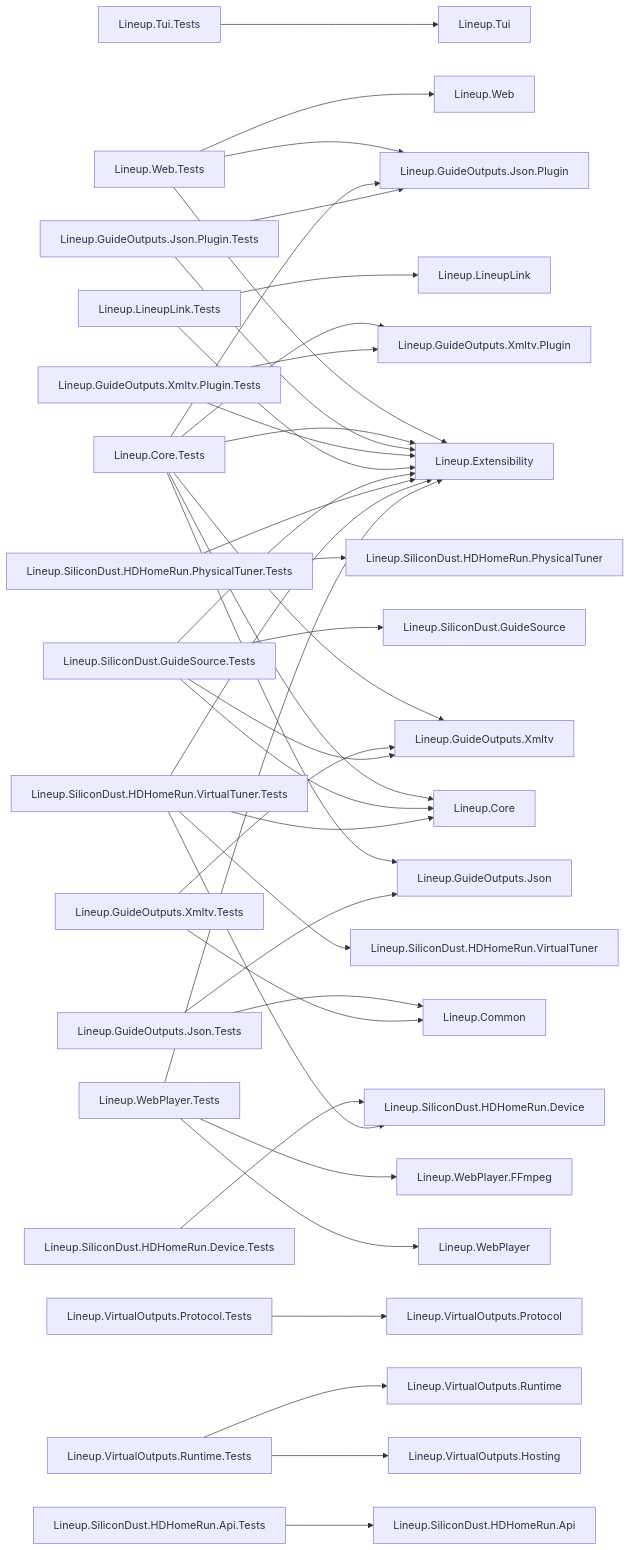
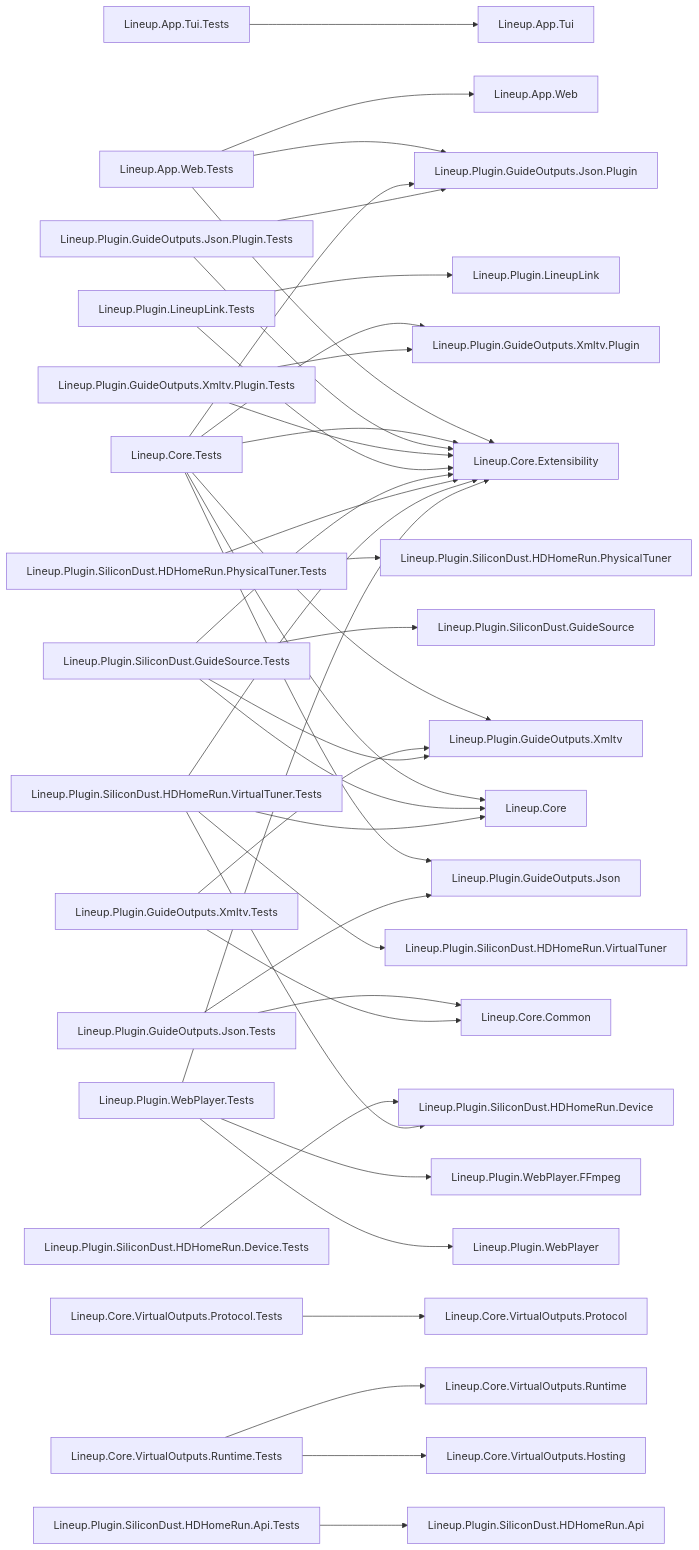
Before and after one commit to am385/Lineup: the second of 2 diagrams in docs/project-dependencies.md, drawn with Mermaid. The commit also changed other lines of this file and 1127 other files, not shown here.

First line of the commit message:
Align project names and namespaces with architectural roles

````diff
--- a/docs/project-dependencies.md
+++ b/docs/project-dependencies.md
@@ -210,47 +210,47 @@
 ```mermaid
 flowchart LR
-    TuiTests["Lineup.Tui.Tests"] --> Tui["Lineup.Tui"]
-    WebTests["Lineup.Web.Tests"] --> Web["Lineup.Web"]
-    WebTests --> Ext["Lineup.Extensibility"]
-    WebTests --> JsonPlugin["Lineup.GuideOutputs.Json.Plugin"]
+    TuiTests["Lineup.App.Tui.Tests"] --> Tui["Lineup.App.Tui"]
+    WebTests["Lineup.App.Web.Tests"] --> Web["Lineup.App.Web"]
+    WebTests --> Ext["Lineup.Core.Extensibility"]
+    WebTests --> JsonPlugin["Lineup.Plugin.GuideOutputs.Json.Plugin"]
 
     CoreTests["Lineup.Core.Tests"] --> Ext
     CoreTests --> Core["Lineup.Core"]
-    CoreTests --> Json["Lineup.GuideOutputs.Json"]
+    CoreTests --> Json["Lineup.Plugin.GuideOutputs.Json"]
     CoreTests --> JsonPlugin
-    CoreTests --> Xmltv["Lineup.GuideOutputs.Xmltv"]
-    CoreTests --> XmltvPlugin["Lineup.GuideOutputs.Xmltv.Plugin"]
+    CoreTests --> Xmltv["Lineup.Plugin.GuideOutputs.Xmltv"]
+    CoreTests --> XmltvPlugin["Lineup.Plugin.GuideOutputs.Xmltv.Plugin"]
 
-    ProtocolTests["Lineup.VirtualOutputs.Protocol.Tests"] --> Protocol["Lineup.VirtualOutputs.Protocol"]
-    RuntimeTests["Lineup.VirtualOutputs.Runtime.Tests"] --> WorkerHosting["Lineup.VirtualOutputs.Hosting"]
-    RuntimeTests --> Runtime["Lineup.VirtualOutputs.Runtime"]
+    ProtocolTests["Lineup.Core.VirtualOutputs.Protocol.Tests"] --> Protocol["Lineup.Core.VirtualOutputs.Protocol"]
+    RuntimeTests["Lineup.Core.VirtualOutputs.Runtime.Tests"] --> WorkerHosting["Lineup.Core.VirtualOutputs.Hosting"]
+    RuntimeTests --> Runtime["Lineup.Core.VirtualOutputs.Runtime"]
 
-    JsonTests["Lineup.GuideOutputs.Json.Tests"] --> Common["Lineup.Common"]
+    JsonTests["Lineup.Plugin.GuideOutputs.Json.Tests"] --> Common["Lineup.Core.Common"]
     JsonTests --> Json
-    JsonPluginTests["Lineup.GuideOutputs.Json.Plugin.Tests"] --> Ext
+    JsonPluginTests["Lineup.Plugin.GuideOutputs.Json.Plugin.Tests"] --> Ext
     JsonPluginTests --> JsonPlugin
-    XmltvTests["Lineup.GuideOutputs.Xmltv.Tests"] --> Common
+    XmltvTests["Lineup.Plugin.GuideOutputs.Xmltv.Tests"] --> Common
     XmltvTests --> Xmltv
-    XmltvPluginTests["Lineup.GuideOutputs.Xmltv.Plugin.Tests"] --> Ext
+    XmltvPluginTests["Lineup.Plugin.GuideOutputs.Xmltv.Plugin.Tests"] --> Ext
     XmltvPluginTests --> XmltvPlugin
 
-    LinkTests["Lineup.LineupLink.Tests"] --> Ext
-    LinkTests --> Link["Lineup.LineupLink"]
+    LinkTests["Lineup.Plugin.LineupLink.Tests"] --> Ext
+    LinkTests --> Link["Lineup.Plugin.LineupLink"]
 
-    GuideTests["Lineup.SiliconDust.GuideSource.Tests"] --> Ext
+    GuideTests["Lineup.Plugin.SiliconDust.GuideSource.Tests"] --> Ext
     GuideTests --> Core
     GuideTests --> Xmltv
-    GuideTests --> HdGuide["Lineup.SiliconDust.GuideSource"]
-    HdApiTests["Lineup.SiliconDust.HDHomeRun.Api.Tests"] --> HdApi["Lineup.SiliconDust.HDHomeRun.Api"]
-    HdDeviceTests["Lineup.SiliconDust.HDHomeRun.Device.Tests"] --> HdDevice["Lineup.SiliconDust.HDHomeRun.Device"]
-    HdPhysicalTests["Lineup.SiliconDust.HDHomeRun.PhysicalTuner.Tests"] --> Ext
-    HdPhysicalTests --> HdPhysical["Lineup.SiliconDust.HDHomeRun.PhysicalTuner"]
-    HdVirtualTests["Lineup.SiliconDust.HDHomeRun.VirtualTuner.Tests"] --> Ext
+    GuideTests --> HdGuide["Lineup.Plugin.SiliconDust.GuideSource"]
+    HdApiTests["Lineup.Plugin.SiliconDust.HDHomeRun.Api.Tests"] --> HdApi["Lineup.Plugin.SiliconDust.HDHomeRun.Api"]
+    HdDeviceTests["Lineup.Plugin.SiliconDust.HDHomeRun.Device.Tests"] --> HdDevice["Lineup.Plugin.SiliconDust.HDHomeRun.Device"]
+    HdPhysicalTests["Lineup.Plugin.SiliconDust.HDHomeRun.PhysicalTuner.Tests"] --> Ext
+    HdPhysicalTests --> HdPhysical["Lineup.Plugin.SiliconDust.HDHomeRun.PhysicalTuner"]
+    HdVirtualTests["Lineup.Plugin.SiliconDust.HDHomeRun.VirtualTuner.Tests"] --> Ext
     HdVirtualTests --> Core
     HdVirtualTests --> HdDevice
-    HdVirtualTests --> HdVirtual["Lineup.SiliconDust.HDHomeRun.VirtualTuner"]
+    HdVirtualTests --> HdVirtual["Lineup.Plugin.SiliconDust.HDHomeRun.VirtualTuner"]
 
-    PlayerTests["Lineup.WebPlayer.Tests"] --> Ext
-    PlayerTests --> Player["Lineup.WebPlayer"]
-    PlayerTests --> PlayerFFmpeg["Lineup.WebPlayer.FFmpeg"]
+    PlayerTests["Lineup.Plugin.WebPlayer.Tests"] --> Ext
+    PlayerTests --> Player["Lineup.Plugin.WebPlayer"]
+    PlayerTests --> PlayerFFmpeg["Lineup.Plugin.WebPlayer.FFmpeg"]
 ```
````
